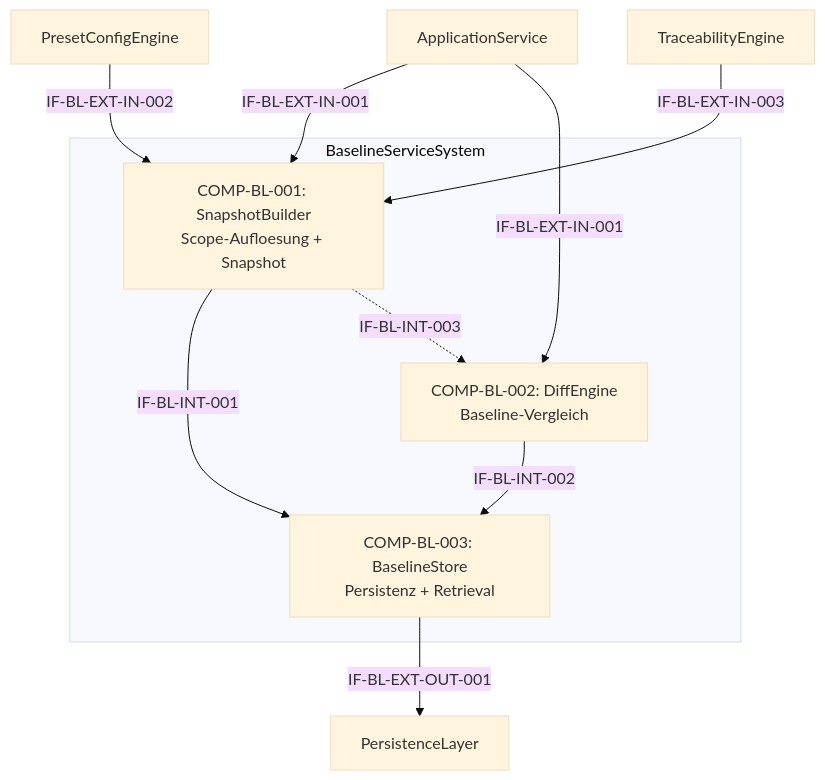
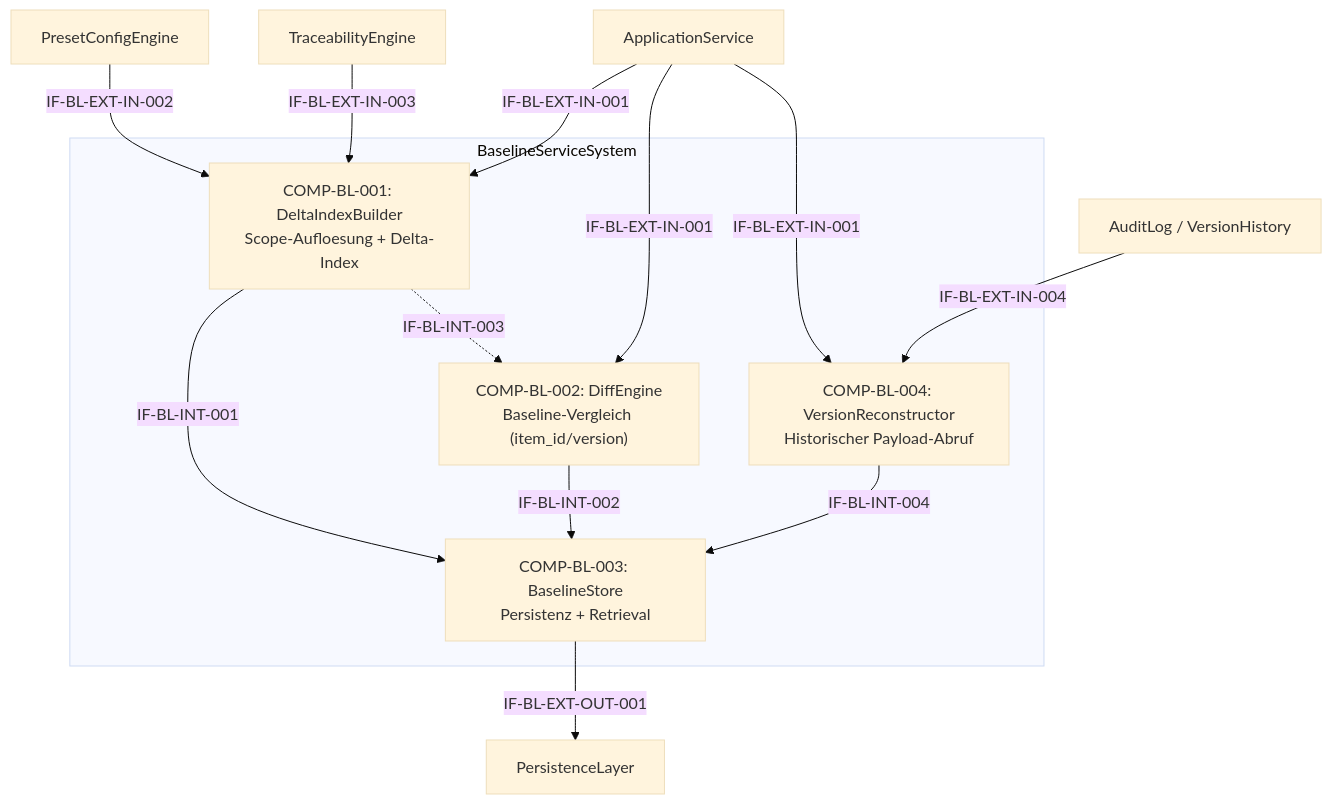
One commit to Popoboxxo/ReqogniLoom changed the diagram in docs/se/L1/Gesamtsystem/L2/BaselineServiceSystem/L2_BaselineServiceSystem_Architecture.md. Above: the diagram before and after it, drawn with Mermaid (base theme). The commit also changed other lines of this file and 3 other files, not shown here.

````diff
--- a/docs/se/L1/Gesamtsystem/L2/BaselineServiceSystem/L2_BaselineServiceSystem_Architecture.md
+++ b/docs/se/L1/Gesamtsystem/L2/BaselineServiceSystem/L2_BaselineServiceSystem_Architecture.md
@@ -50,20 +53,24 @@
 ```mermaid
 flowchart TD
     subgraph BaselineServiceSystem
-        C001["COMP-BL-001: SnapshotBuilder<br/>Scope-Aufloesung + Snapshot"]
-        C002["COMP-BL-002: DiffEngine<br/>Baseline-Vergleich"]
+        C001["COMP-BL-001: DeltaIndexBuilder<br/>Scope-Aufloesung + Delta-Index"]
+        C002["COMP-BL-002: DiffEngine<br/>Baseline-Vergleich (item_id/version)"]
         C003["COMP-BL-003: BaselineStore<br/>Persistenz + Retrieval"]
+        C004["COMP-BL-004: VersionReconstructor<br/>Historischer Payload-Abruf"]
     end
 
     ext_in1["ApplicationService"] -->|IF-BL-EXT-IN-001| C001
     ext_in1 -->|IF-BL-EXT-IN-001| C002
+    ext_in1 -->|IF-BL-EXT-IN-001| C004
 
     ext_in2["PresetConfigEngine"] -->|IF-BL-EXT-IN-002| C001
     ext_in3["TraceabilityEngine"] -->|IF-BL-EXT-IN-003| C001
+    ext_in4["AuditLog / VersionHistory"] -->|IF-BL-EXT-IN-004| C004
 
     C001 -->|IF-BL-INT-001| C003
     C002 -->|IF-BL-INT-002| C003
     C001 -.->|IF-BL-INT-003| C002
+    C004 -->|IF-BL-INT-004| C003
 
     C003 -->|IF-BL-EXT-OUT-001| ext_db["PersistenceLayer"]
 ```
````
